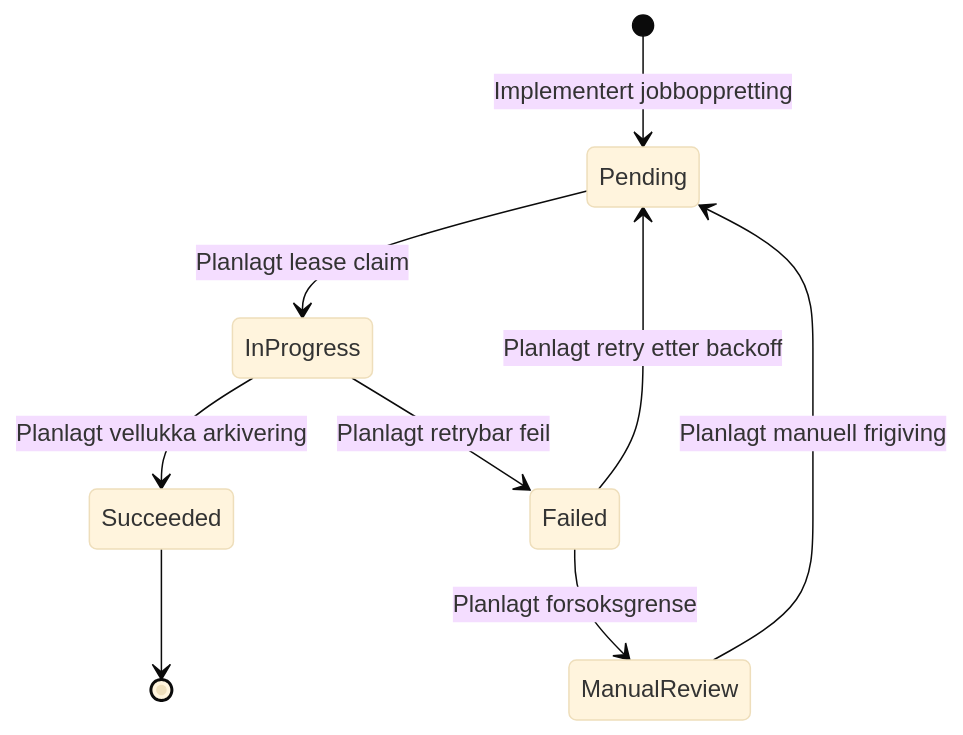
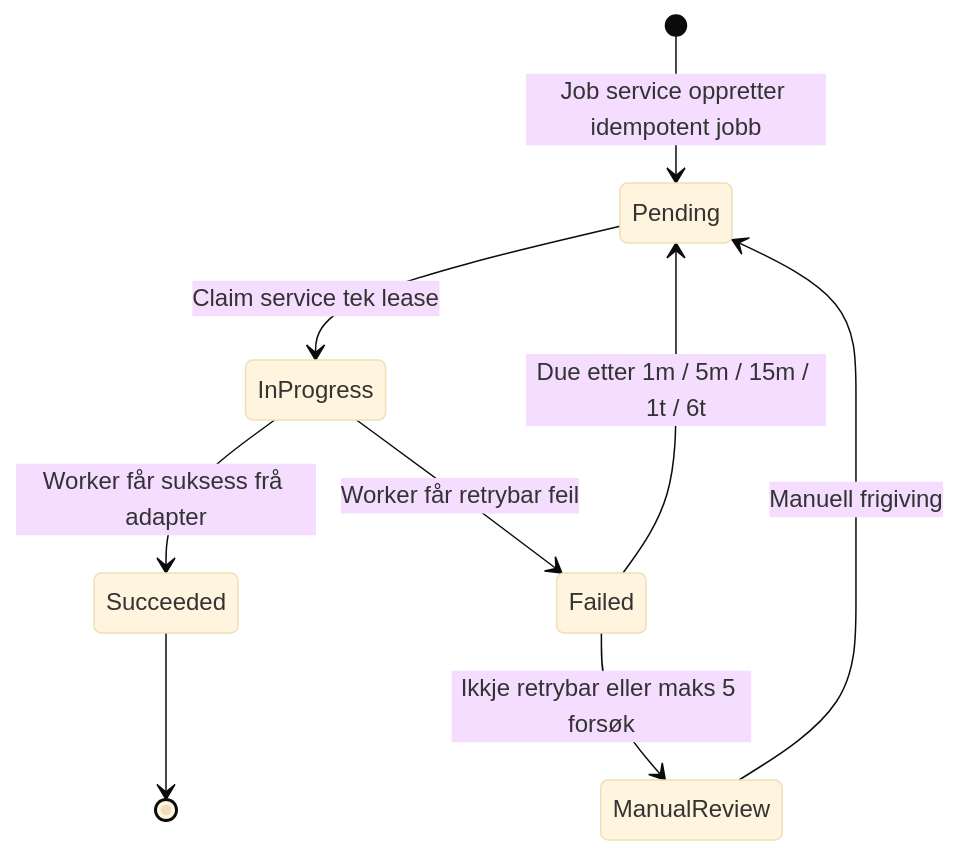
Before and after one commit to navikt/crm-arbeidsforhold: the fourth of 4 diagrams in docs/integrations/p360/teknisk-oversikt.md, drawn with Mermaid (base theme). The commit also changed other lines of this file and 12 other files, not shown here.

Commit message:
docs(p360): update architecture diagrams and add class diagram

````diff
--- a/docs/integrations/p360/teknisk-oversikt.md
+++ b/docs/integrations/p360/teknisk-oversikt.md
@@ -211,11 +224,11 @@
 ```mermaid
 stateDiagram-v2
-    [*] --> Pending: Implementert jobboppretting
-    Pending --> InProgress: Planlagt lease claim
-    InProgress --> Succeeded: Planlagt vellukka arkivering
-    InProgress --> Failed: Planlagt retrybar feil
-    Failed --> Pending: Planlagt retry etter backoff
-    Failed --> ManualReview: Planlagt forsoksgrense
-    ManualReview --> Pending: Planlagt manuell frigiving
+    [*] --> Pending: Job service oppretter idempotent jobb
+    Pending --> InProgress: Claim service tek lease
+    InProgress --> Succeeded: Worker får suksess frå adapter
+    InProgress --> Failed: Worker får retrybar feil
+    Failed --> Pending: Due etter 1m / 5m / 15m / 1t / 6t
+    Failed --> ManualReview: Ikkje retrybar eller maks 5 forsøk
+    ManualReview --> Pending: Manuell frigiving
     Succeeded --> [*]
 ```
````
